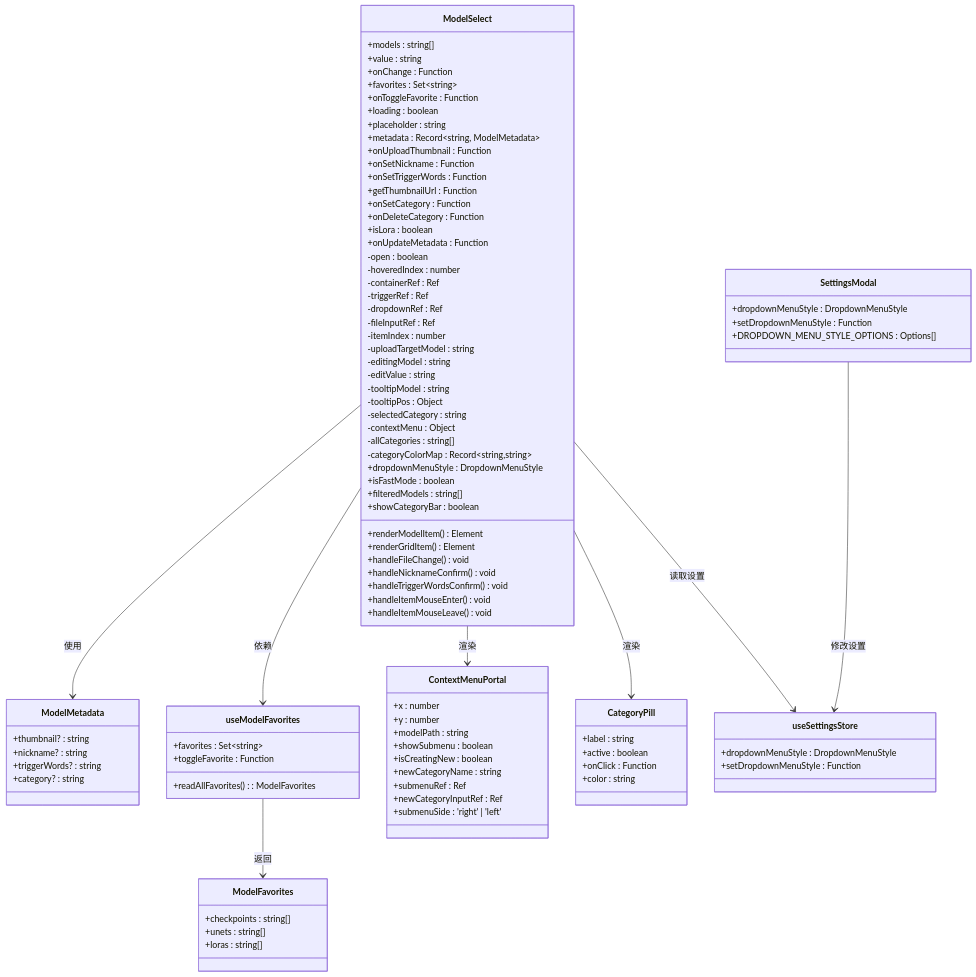
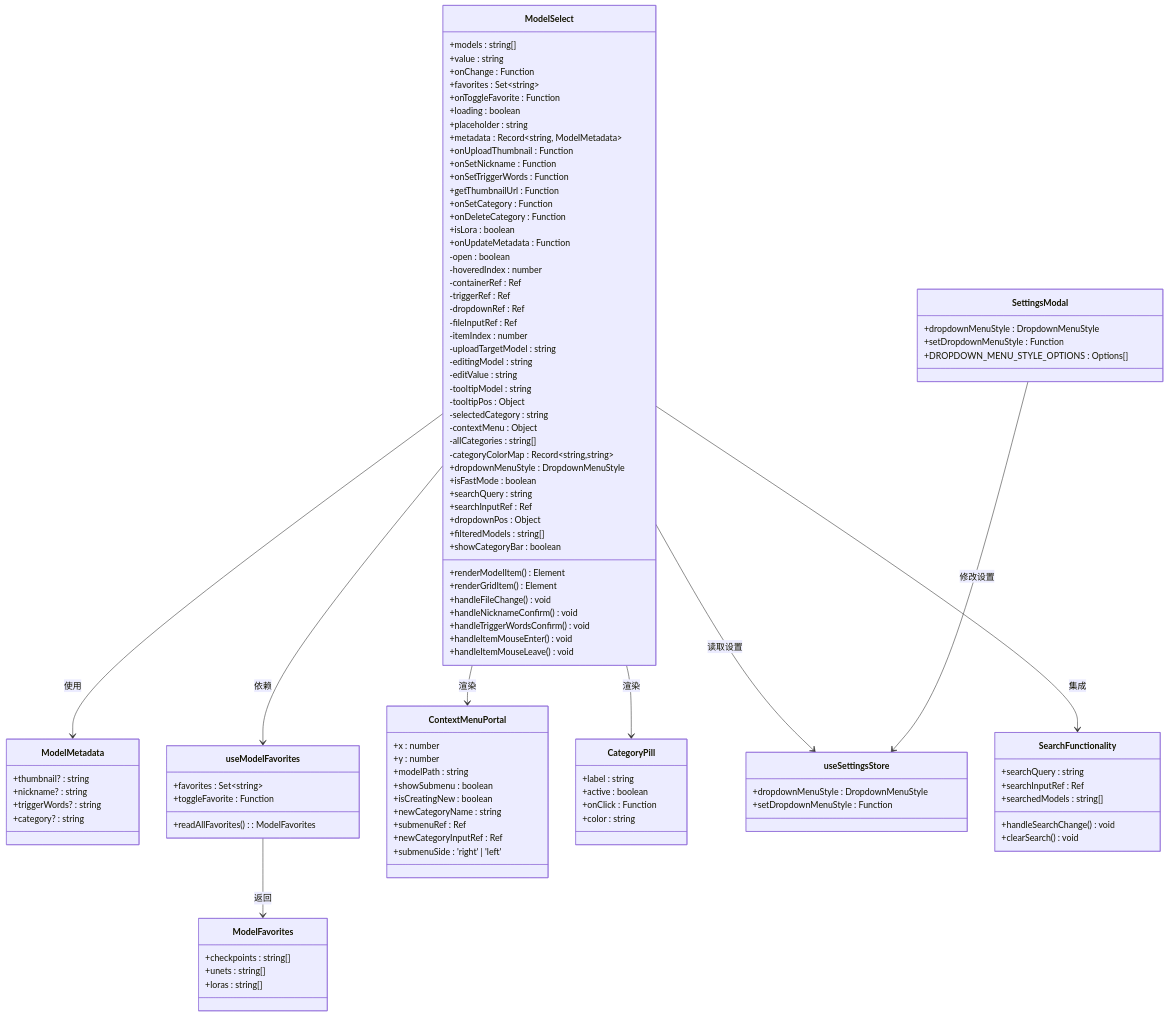
One commit to billye220670/CorineKit_Pix2Real changed the third of 9 diagrams in .qoder/repowiki/zh/content/Model Select Component.md. Above: the diagram before and after it, drawn with Mermaid. The commit also changed other lines of this file and 73 other files, not shown here.

````diff
--- a/.qoder/repowiki/zh/content/Model Select Component.md
+++ b/.qoder/repowiki/zh/content/Model Select Component.md
@@ -230,6 +249,11 @@
 -categoryColorMap : Record~string,string~
 +dropdownMenuStyle : DropdownMenuStyle
 +isFastMode : boolean
++searchQuery : string
++searchInputRef : Ref
++dropdownPos : Object
++filteredModels : string[]
++showCategoryBar : boolean
 +renderModelItem() Element
 +renderGridItem() Element
 +handleFileChange() void
@@ -237,8 +261,6 @@
 +handleTriggerWordsConfirm() void
 +handleItemMouseEnter() void
 +handleItemMouseLeave() void
-+filteredModels : string[]
-+showCategoryBar : boolean
 }
 class ModelMetadata {
 +thumbnail? : string
@@ -282,11 +304,19 @@
 +dropdownMenuStyle : DropdownMenuStyle
 +setDropdownMenuStyle : Function
 }
+class SearchFunctionality {
++searchQuery : string
++searchInputRef : Ref
++searchedModels : string[]
++handleSearchChange() void
++clearSearch() void
+}
 ModelSelect --> ModelMetadata : 使用
 ModelSelect --> useModelFavorites : 依赖
 ModelSelect --> ContextMenuPortal : 渲染
 ModelSelect --> CategoryPill : 渲染
 ModelSelect --> useSettingsStore : 读取设置
+ModelSelect --> SearchFunctionality : 集成
 SettingsModal --> useSettingsStore : 修改设置
 useModelFavorites --> ModelFavorites : 返回
 ```
````
